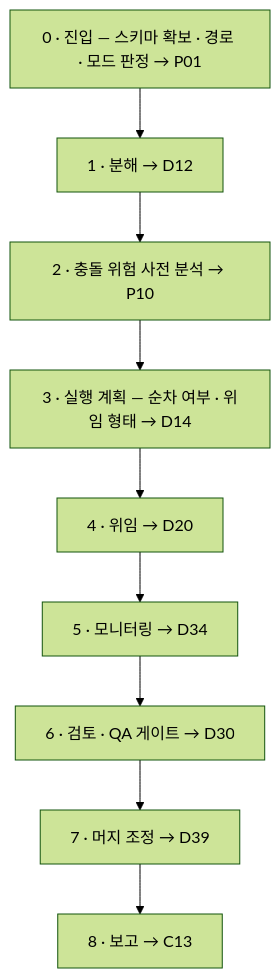
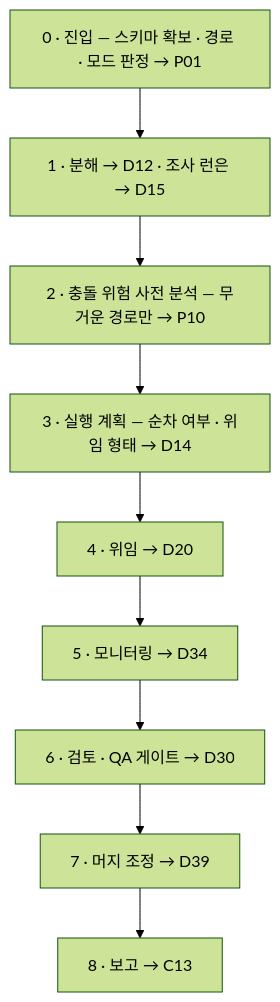
One commit to kys0213/kys-claude-plugin changed the third of 3 diagrams in plugins/atelier/skills/orchestrator/SKILL.md. Above: the diagram before and after it, drawn with Mermaid (forest theme). The commit also changed other lines of this file, not shown here.

First line of the commit message:
docs(atelier): close router graph gaps

````diff
--- a/plugins/atelier/skills/orchestrator/SKILL.md
+++ b/plugins/atelier/skills/orchestrator/SKILL.md
@@ -83,11 +88,11 @@
 ```mermaid
 flowchart TD
-  P02_s0["0 · 진입 — 스키마 확보 · 경로 · 모드 판정 → P01"] --> P02_s1["1 · 분해 → D12"]
-  P02_s1 --> P02_s2["2 · 충돌 위험 사전 분석 → P10"]
+  P02_s0["0 · 진입 — 스키마 확보 · 경로 · 모드 판정 → P01"] --> P02_s1["1 · 분해 → D12 · 조사 런은 → D15"]
+  P02_s1 --> P02_s2["2 · 충돌 위험 사전 분석 — 무거운 경로만 → P10"]
   P02_s2 --> P02_s3["3 · 실행 계획 — 순차 여부 · 위임 형태 → D14"]
   P02_s3 --> P02_s4["4 · 위임 → D20"]
   P02_s4 --> P02_s5["5 · 모니터링 → D34"]
   P02_s5 --> P02_s6["6 · 검토 · QA 게이트 → D30"]
   P02_s6 --> P02_s7["7 · 머지 조정 → D39"]
   P02_s7 --> P02_s8["8 · 보고 → C13"]
 ```
````
